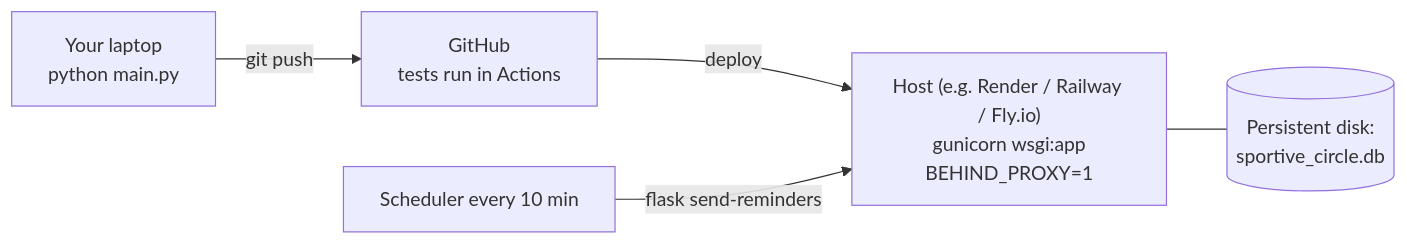
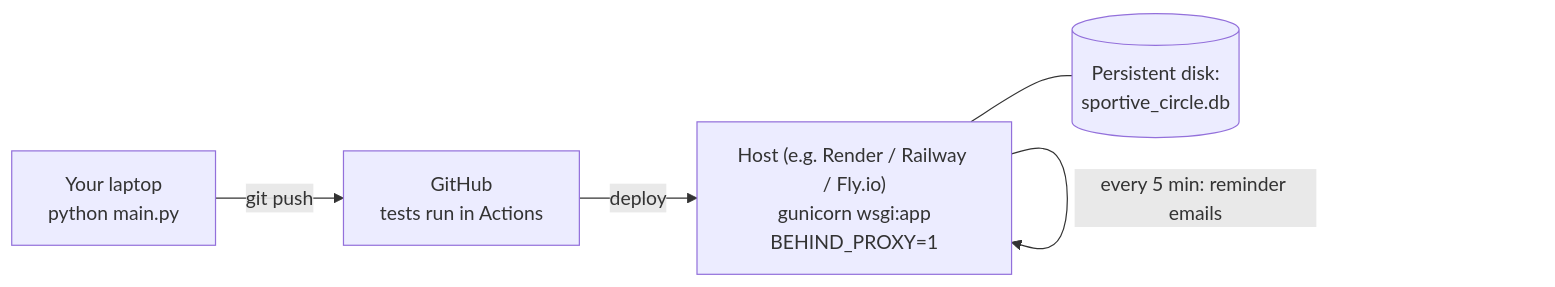
Before and after one commit to ABkulog/sportive-circle: the ninth of 9 diagrams in docs/system-map.md, drawn with Mermaid. The commit also changed 8 other files, not shown here.

First line of the commit message:
Send game reminders from inside the app (no outside scheduler)

````diff
--- a/docs/system-map.md
+++ b/docs/system-map.md
@@ -280,7 +280,7 @@
 ```mermaid
 flowchart LR
     Dev["Your laptop<br/>python main.py"] -- git push --> GH["GitHub<br/>tests run in Actions"]
     GH -- deploy --> Host["Host (e.g. Render / Railway / Fly.io)<br/>gunicorn wsgi:app<br/>BEHIND_PROXY=1"]
     Host --- Disk[("Persistent disk:<br/>sportive_circle.db")]
-    Cron["Scheduler every 10 min"] -- "flask send-reminders" --> Host
+    Host -- "every 5 min: reminder emails" --> Host
 ```
````
